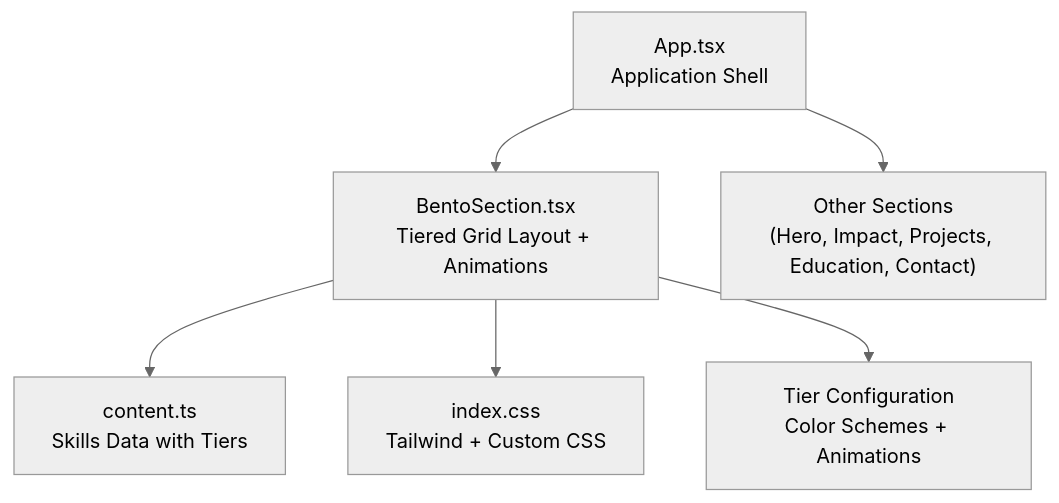
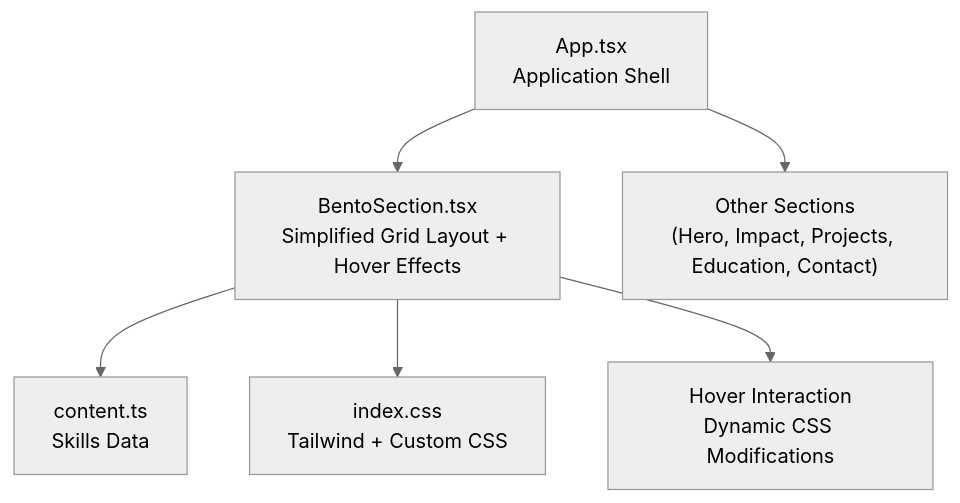
Before and after one commit to subash7781/Portfolio: the first of 4 diagrams in .qoder/repowiki/en/content/Component Library & UI Elements/BentoSection Component.md, drawn with Mermaid (neutral theme). The commit also changed other lines of this file and 3 other files, not shown here.

````diff
--- a/.qoder/repowiki/en/content/Component Library & UI Elements/BentoSection Component.md
+++ b/.qoder/repowiki/en/content/Component Library & UI Elements/BentoSection Component.md
@@ -38,8 +39,8 @@
 ```mermaid
 graph TB
-App["App.tsx<br/>Application Shell"] --> Bento["BentoSection.tsx<br/>Tiered Grid Layout + Animations"]
-Bento --> Content["content.ts<br/>Skills Data with Tiers"]
+App["App.tsx<br/>Application Shell"] --> Bento["BentoSection.tsx<br/>Simplified Grid Layout + Hover Effects"]
+Bento --> Content["content.ts<br/>Skills Data"]
 Bento --> Styles["index.css<br/>Tailwind + Custom CSS"]
-Bento --> TierConfig["Tier Configuration<br/>Color Schemes + Animations"]
+Bento --> HoverEffects["Hover Interaction<br/>Dynamic CSS Modifications"]
 App --> OtherSections["Other Sections<br/>(Hero, Impact, Projects, Education, Contact)"]
 ```
````
